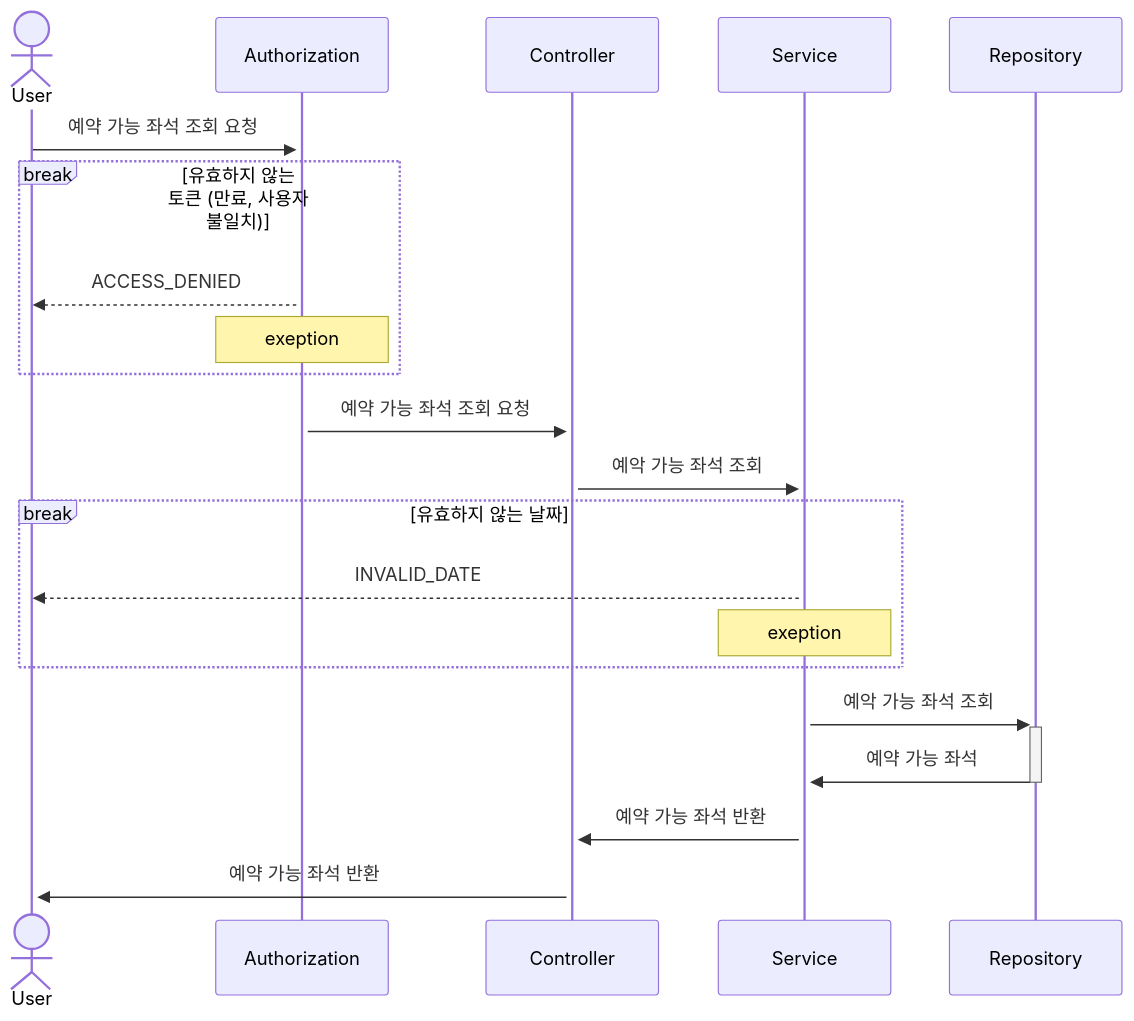
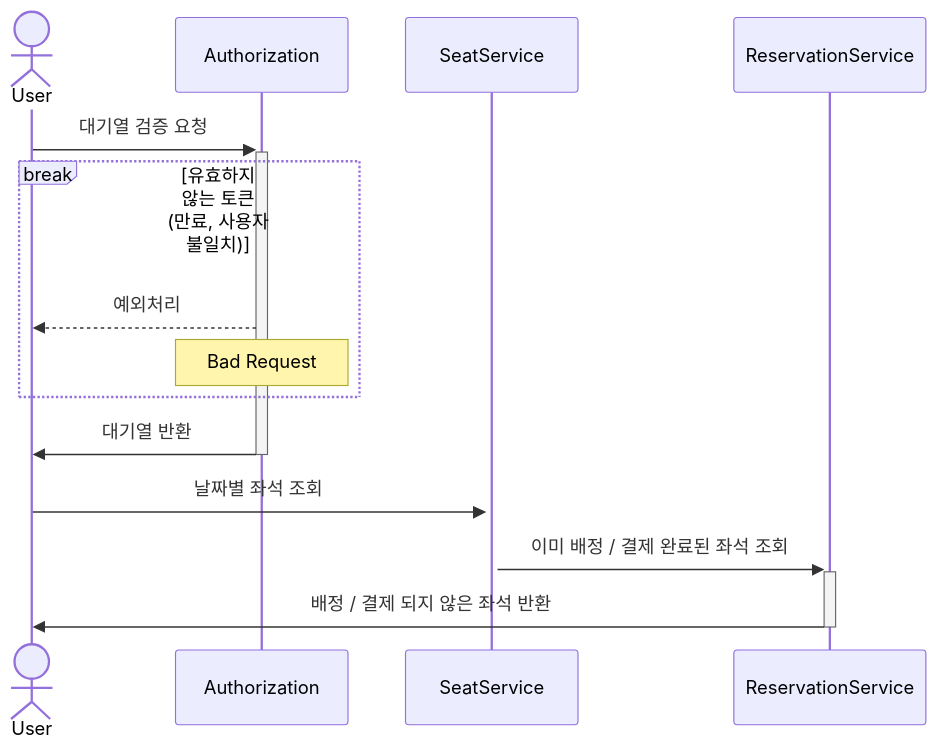
Before and after one commit to adiospain/hhplus-concert-reservation-service-java: the fourth of 10 diagrams in README.md, drawn with Mermaid. The commit also changed other lines of this file and 1 other file, not shown here.

Commit message:
DOCS : README.md 파일 시퀀스다이어그램 수정

````diff
--- a/README.md
+++ b/README.md
@@ -120,24 +95,17 @@
 ```mermaid
 sequenceDiagram
     actor User
     participant Authorization
-    participant Controller
-    participant Service
-    participant Repository
-    User ->>+ Authorization: 예약 가능 좌석 조회 요청
+    participant SeatService
+    participant ReservationService
+    User ->>+ Authorization: 대기열 검증 요청
     break 유효하지 않는 토큰 (만료, 사용자 불일치)
-        Authorization -->> User: ACCESS_DENIED
-        note over Authorization: exeption
+    Authorization -->> User: 예외처리
+    note over Authorization: Bad Request
     end
-    Authorization ->>+ Controller: 예약 가능 좌석 조회 요청
-    Controller ->>+ Service: 예악 가능 좌석 조회
-    break 유효하지 않는 날짜
-        Service -->> User: INVALID_DATE
-        note over Service: exeption
-    end
-    Service ->>+ Repository: 예악 가능 좌석 조회
-    Repository ->>- Service: 예약 가능 좌석
-	Service ->>+ Controller: 예약 가능 좌석 반환
-	Controller ->>+ User: 예약 가능 좌석 반환
-
+  Authorization ->>- User: 대기열 반환
+  User ->>+ SeatService: 날짜별 좌석 조회
+  SeatService ->>+ ReservationService: 이미 배정 / 결제 완료된 좌석 조회
+  ReservationService ->>- User: 배정 / 결제 되지 않은 좌석 반환 
+  
 ```
````
